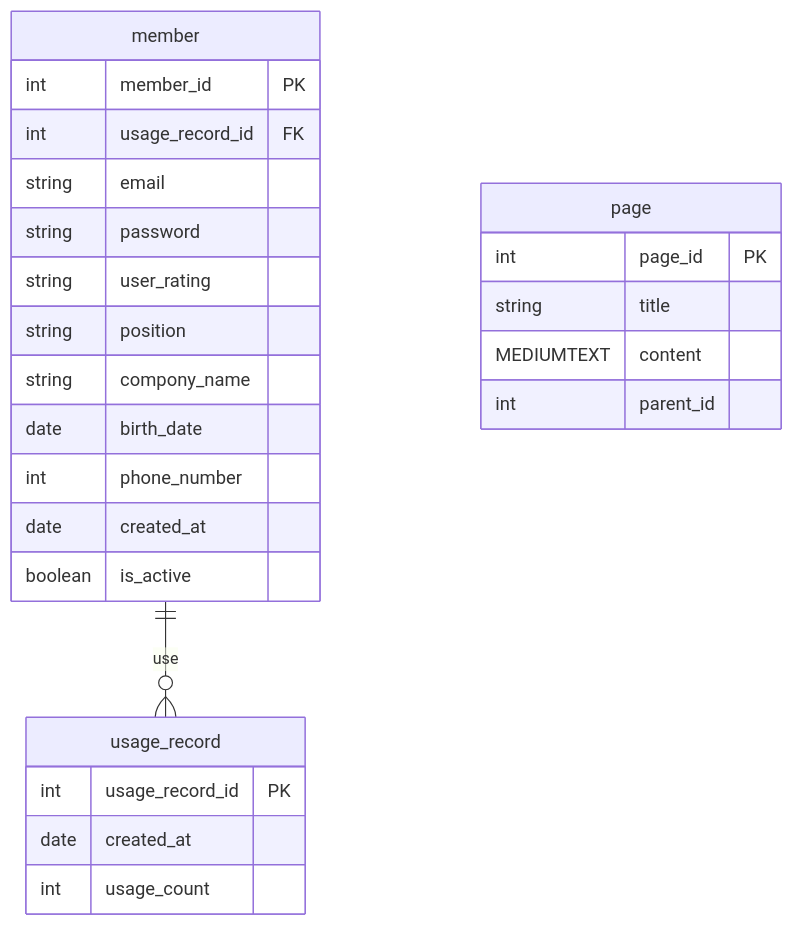
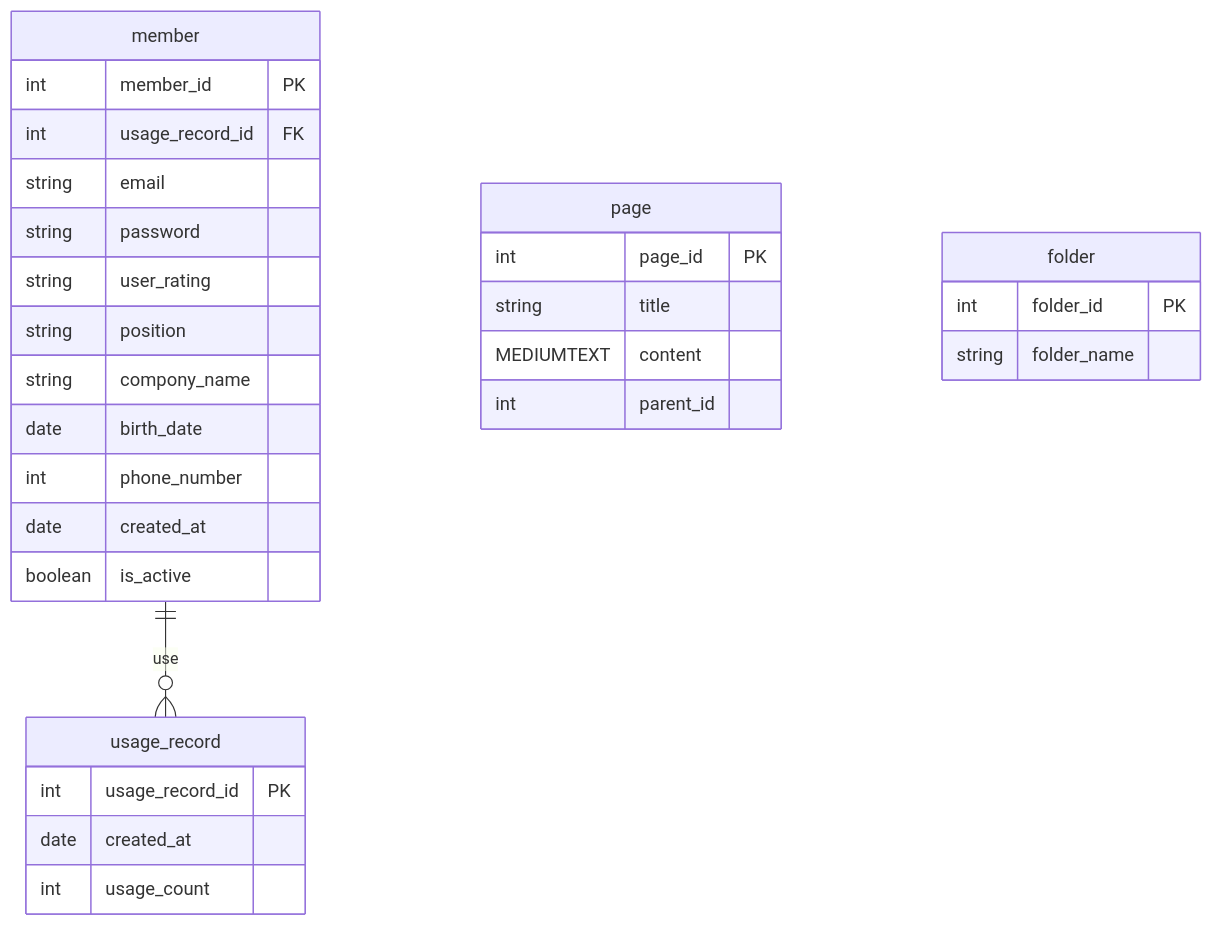
One commit to SW-HACKATHON-HANGU-TEAM/HANGU-BACKEND changed the diagram in diagram.md. Above: the diagram before and after it, drawn with Mermaid. The commit also changed 13 other files, not shown here.

````diff
--- a/diagram.md
+++ b/diagram.md
@@ -5,31 +5,37 @@
 ```mermaid
 erDiagram
     member ||--o{ usage_record : use
     member{
         int member_id PK
         int usage_record_id FK
         string email
         string password
         string user_rating
         string position
         string compony_name
         date birth_date
         int phone_number
         date created_at
         boolean is_active
     }
     usage_record {
         int usage_record_id PK
         date created_at
         int usage_count
     }
     
     page {
         int page_id PK
         string title
         MEDIUMTEXT content
         int parent_id 
     }
     
+    folder {
+        int folder_id PK
+        string folder_name
+        
+    }
+    
 
 ```
````
